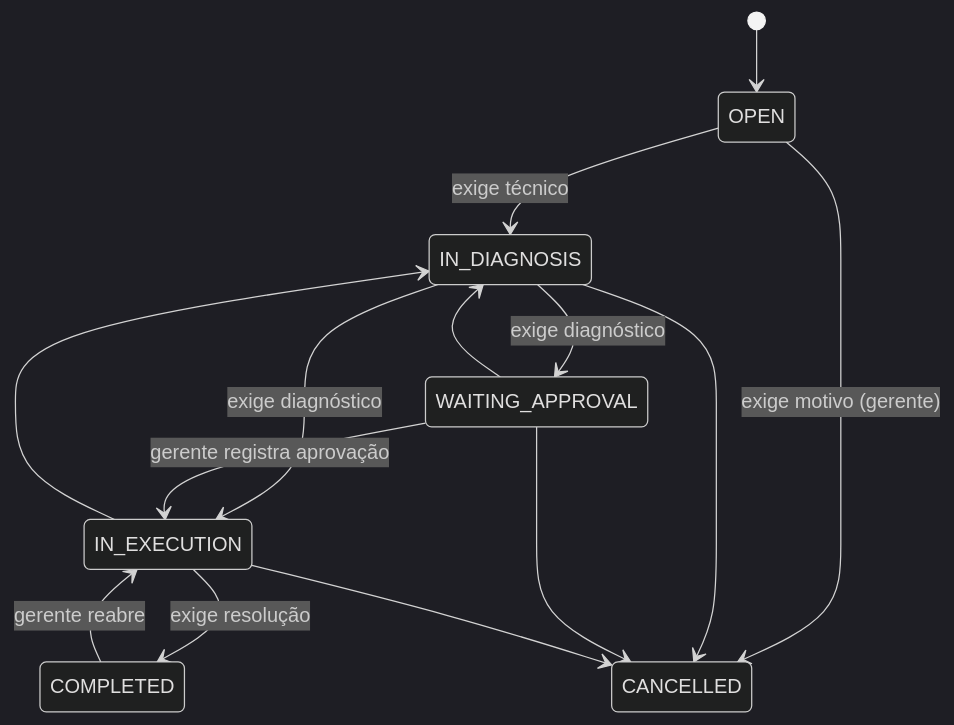
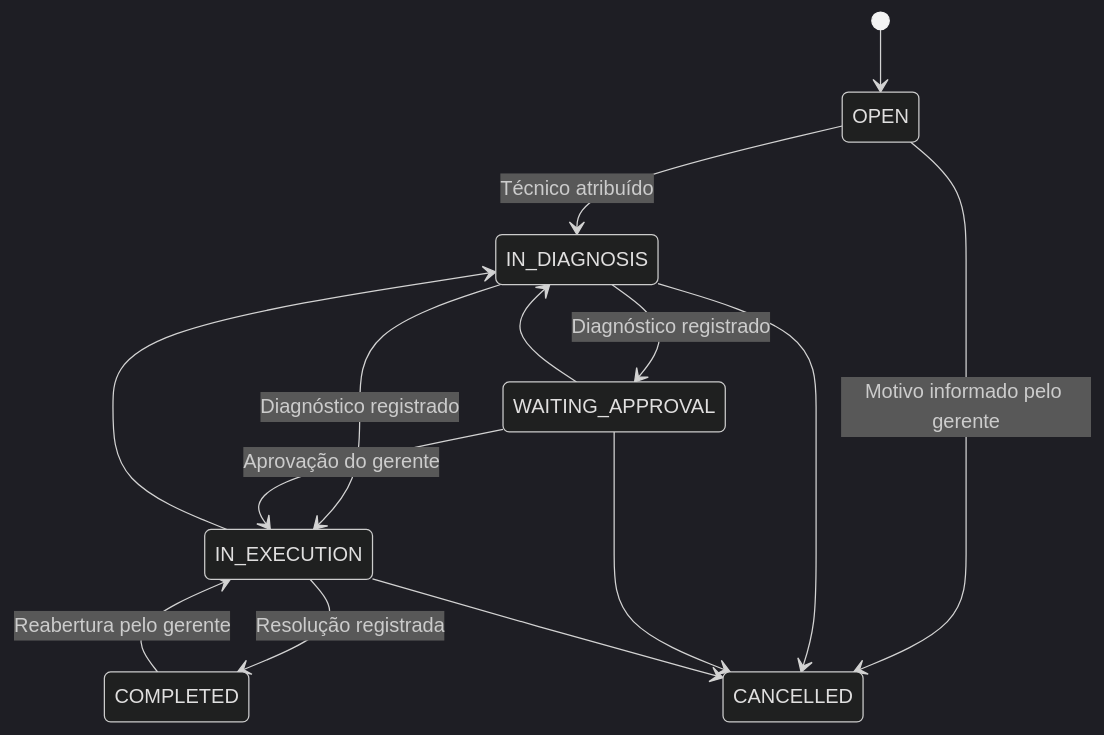
The diagram in README.pt-BR.md (HernandesWolf/Flowdesk_26), drawn with Mermaid (dark theme) before and after one commit. The commit also changed other lines of this file, not shown here.

````diff
--- a/README.pt-BR.md
+++ b/README.pt-BR.md
@@ -31,16 +52,16 @@
 ```mermaid
 stateDiagram-v2
     [*] --> OPEN
-    OPEN --> IN_DIAGNOSIS: exige técnico
-    IN_DIAGNOSIS --> WAITING_APPROVAL: exige diagnóstico
-    IN_DIAGNOSIS --> IN_EXECUTION: exige diagnóstico
-    WAITING_APPROVAL --> IN_EXECUTION: gerente registra aprovação
+    OPEN --> IN_DIAGNOSIS: Técnico atribuído
+    IN_DIAGNOSIS --> WAITING_APPROVAL: Diagnóstico registrado
+    IN_DIAGNOSIS --> IN_EXECUTION: Diagnóstico registrado
+    WAITING_APPROVAL --> IN_EXECUTION: Aprovação do gerente
     WAITING_APPROVAL --> IN_DIAGNOSIS
-    IN_EXECUTION --> COMPLETED: exige resolução
+    IN_EXECUTION --> COMPLETED: Resolução registrada
     IN_EXECUTION --> IN_DIAGNOSIS
-    COMPLETED --> IN_EXECUTION: gerente reabre
-    OPEN --> CANCELLED: exige motivo (gerente)
+    COMPLETED --> IN_EXECUTION: Reabertura pelo gerente
+    OPEN --> CANCELLED: Motivo informado pelo gerente
     IN_DIAGNOSIS --> CANCELLED
     WAITING_APPROVAL --> CANCELLED
     IN_EXECUTION --> CANCELLED
 ```
````
